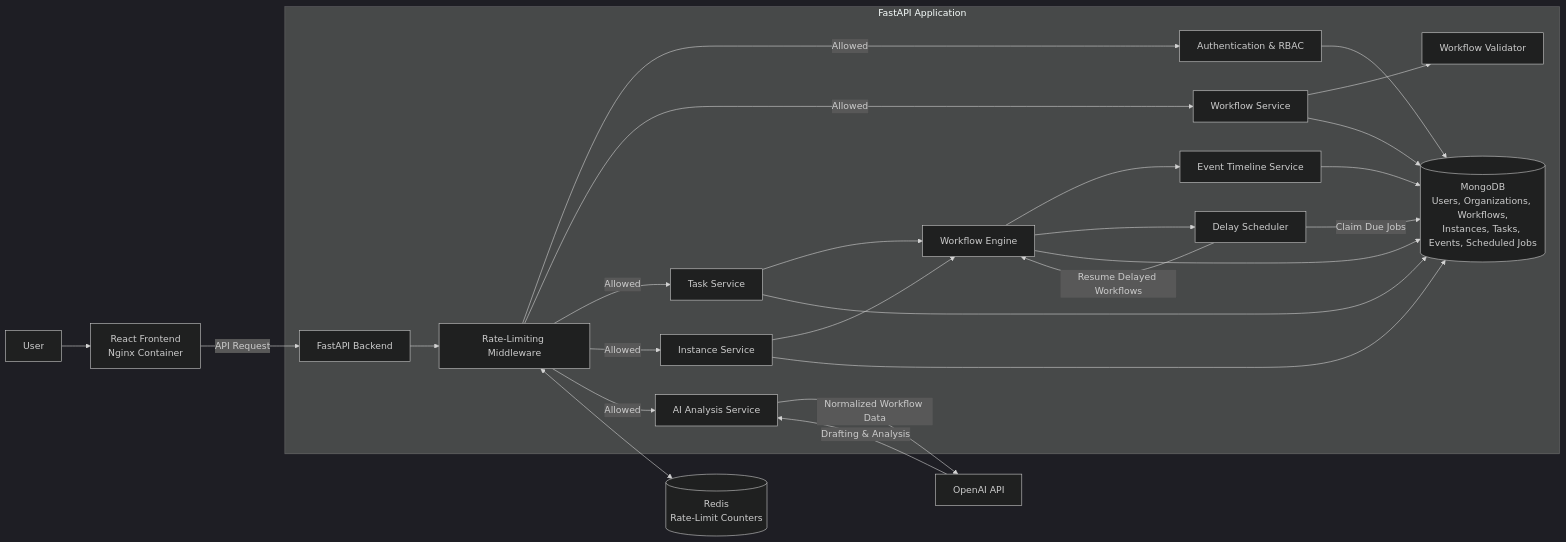
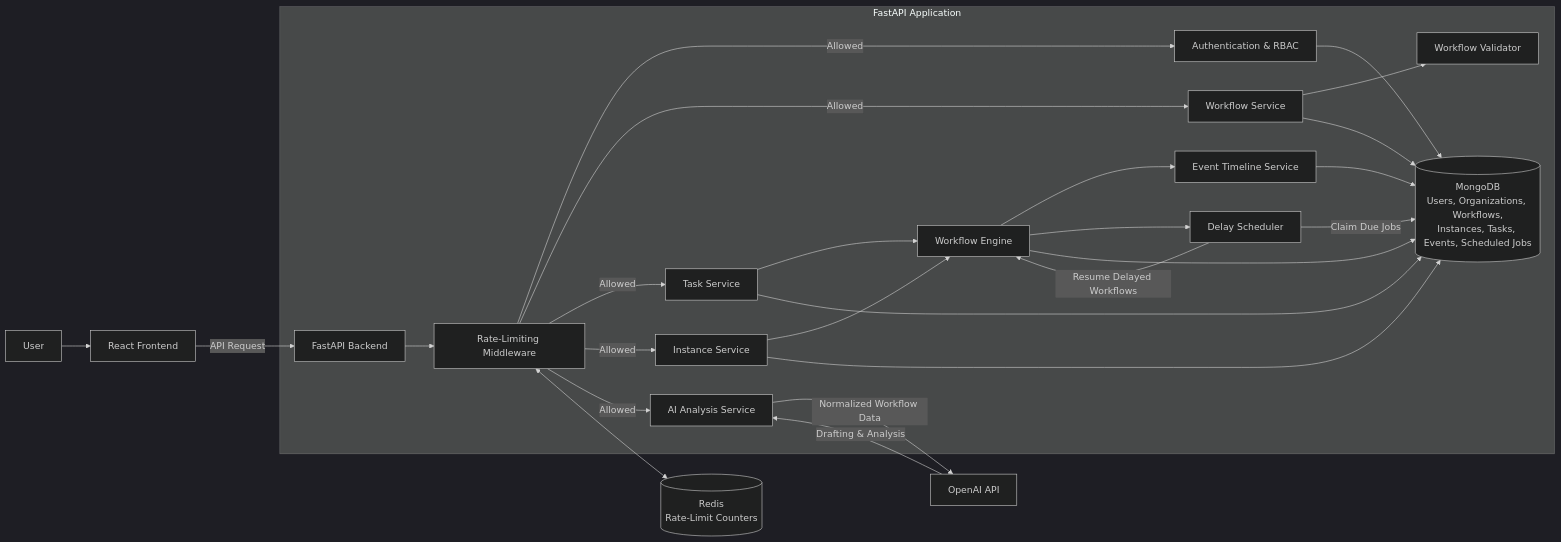
Before and after one commit to ErenKarakus1/AI-Assisted-Workflow-Builder: the diagram in README.md, drawn with Mermaid (dark theme).

Commit message:
docs: simplify frontend diagram label

````diff
--- a/README.md
+++ b/README.md
@@ -24,37 +24,37 @@
 ```mermaid
 flowchart LR
-    User[User] --> Nginx[React Frontend<br/>Nginx Container]
+    User[User] --> Frontend[React Frontend]
 
-    Nginx -->|API Request| API[FastAPI Backend]
+    Frontend -->|API Request| API[FastAPI Backend]
 
     subgraph Backend[FastAPI Application]
         API --> RateLimit[Rate-Limiting Middleware]
 
         RateLimit -->|Allowed| Auth[Authentication & RBAC]
         RateLimit -->|Allowed| Workflows[Workflow Service]
         RateLimit -->|Allowed| Tasks[Task Service]
         RateLimit -->|Allowed| Instances[Instance Service]
         RateLimit -->|Allowed| AIService[AI Analysis Service]
 
         Workflows --> Validator[Workflow Validator]
         Instances --> Engine[Workflow Engine]
         Tasks --> Engine
 
         Engine --> Events[Event Timeline Service]
         Engine --> Scheduler[Delay Scheduler]
         Scheduler -->|Claim Due Jobs| Mongo
         Scheduler -->|Resume Delayed Workflows| Engine
     end
 
     RateLimit <--> Redis[(Redis<br/>Rate-Limit Counters)]
 
     Auth --> Mongo[(MongoDB<br/>Users, Organizations, Workflows,<br/>Instances, Tasks, Events, Scheduled Jobs)]
     Workflows --> Mongo
     Tasks --> Mongo
     Instances --> Mongo
     Engine --> Mongo
     Events --> Mongo
 
     AIService -->|Normalized Workflow Data| OpenAI[OpenAI API]
     OpenAI -->|Drafting & Analysis| AIService
 ```
````
